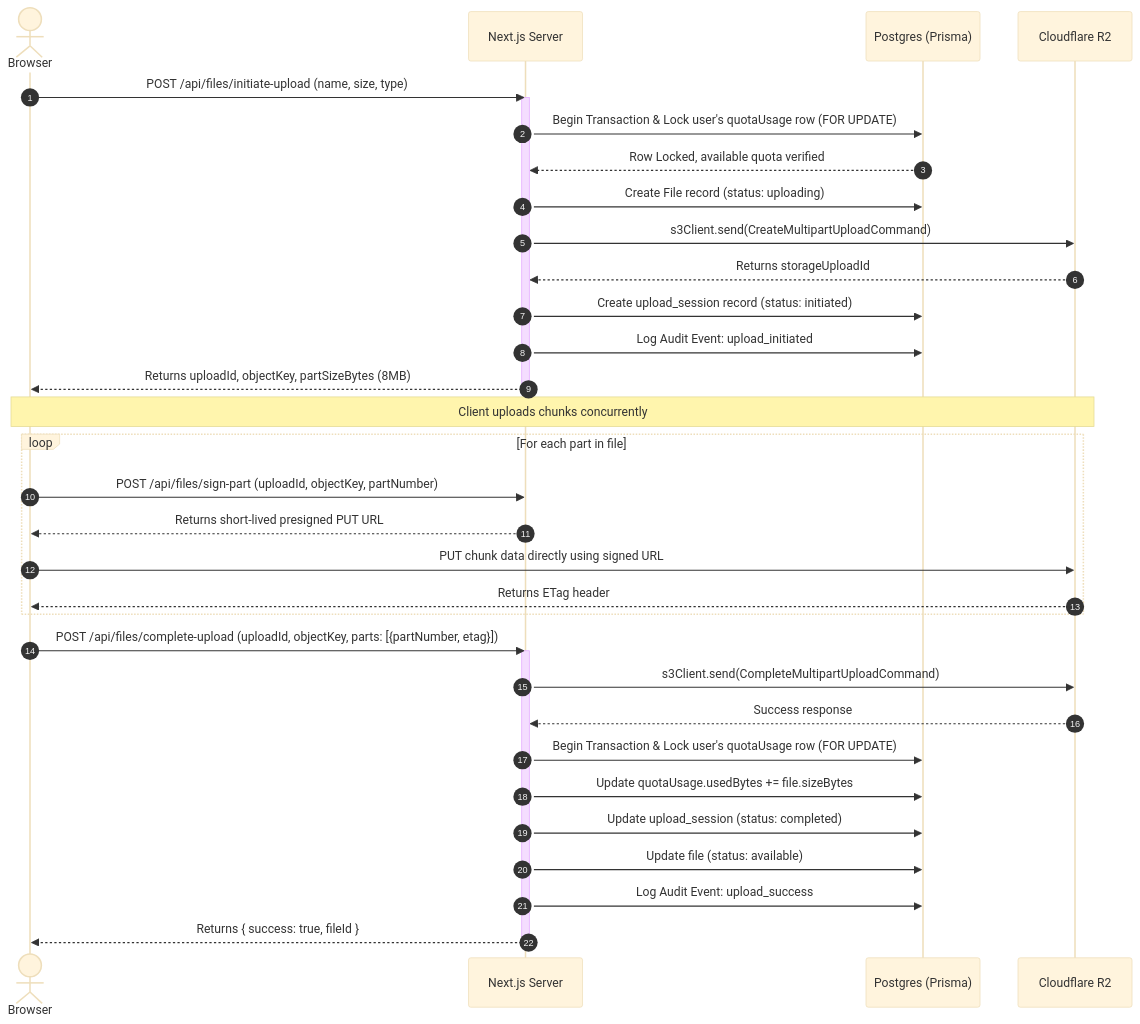
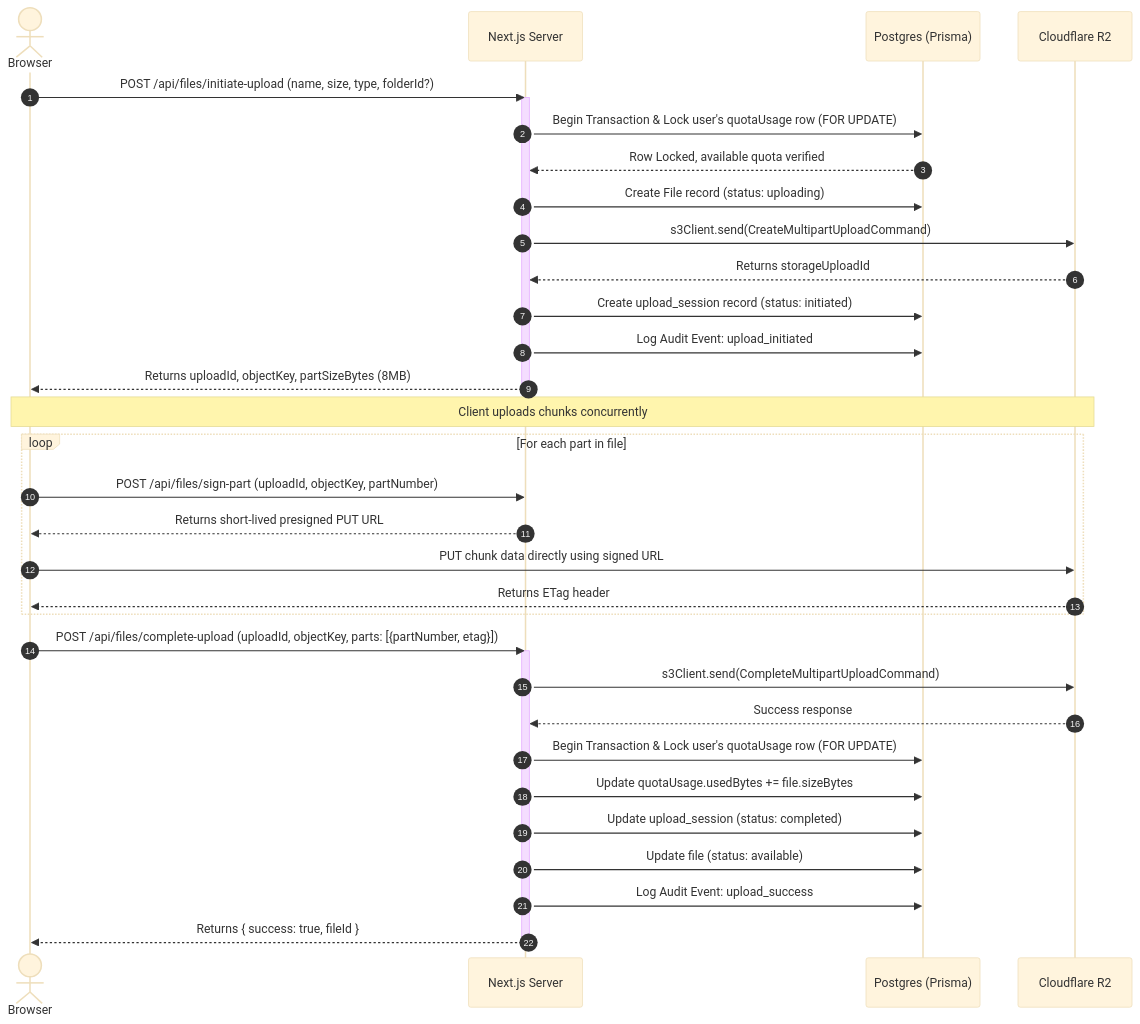
The second of 3 diagrams in PROJECT.md (Tirth1410/File-Storage-System), drawn with Mermaid (base theme) before and after one commit. The commit also changed other lines of this file, not shown here.

````diff
--- a/PROJECT.md
+++ b/PROJECT.md
@@ -401,41 +573,41 @@
 ```mermaid
 sequenceDiagram
     autonumber
     actor Client as Browser
     participant API as Next.js Server
     participant DB as Postgres (Prisma)
     participant Storage as Cloudflare R2
 
-    Client->>API: POST /api/files/initiate-upload (name, size, type)
+    Client->>API: POST /api/files/initiate-upload (name, size, type, folderId?)
     activate API
     API->>DB: Begin Transaction & Lock user's quotaUsage row (FOR UPDATE)
     DB-->>API: Row Locked, available quota verified
     API->>DB: Create File record (status: uploading)
     API->>Storage: s3Client.send(CreateMultipartUploadCommand)
     Storage-->>API: Returns storageUploadId
     API->>DB: Create upload_session record (status: initiated)
     API->>DB: Log Audit Event: upload_initiated
     API-->>Client: Returns uploadId, objectKey, partSizeBytes (8MB)
     deactivate API
 
     Note over Client, Storage: Client uploads chunks concurrently
 
     loop For each part in file
         Client->>API: POST /api/files/sign-part (uploadId, objectKey, partNumber)
         API-->>Client: Returns short-lived presigned PUT URL
         Client->>Storage: PUT chunk data directly using signed URL
         Storage-->>Client: Returns ETag header
     end
 
     Client->>API: POST /api/files/complete-upload (uploadId, objectKey, parts: [{partNumber, etag}])
     activate API
     API->>Storage: s3Client.send(CompleteMultipartUploadCommand)
     Storage-->>API: Success response
     API->>DB: Begin Transaction & Lock user's quotaUsage row (FOR UPDATE)
     API->>DB: Update quotaUsage.usedBytes += file.sizeBytes
     API->>DB: Update upload_session (status: completed)
     API->>DB: Update file (status: available)
     API->>DB: Log Audit Event: upload_success
     API-->>Client: Returns { success: true, fileId }
     deactivate API
 ```
````
